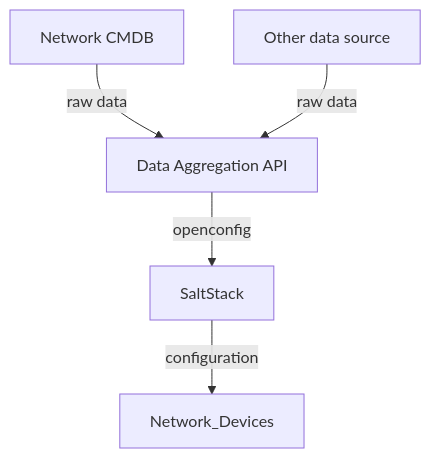
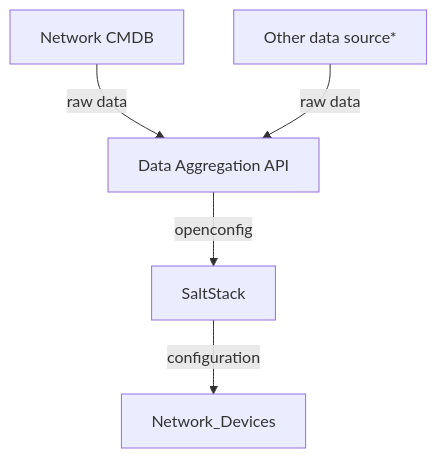
The diagram in docs/docs/index.md (criteo/AFK), drawn with Mermaid before and after one commit. The commit also changed other lines of this file, not shown here.

Commit message:
Add details regarding "Other data source" (#7)

````diff
--- a/docs/docs/index.md
+++ b/docs/docs/index.md
@@ -39,12 +39,12 @@
 ``` mermaid
 flowchart TD
     CMDB[Network CMDB]
     DAAPI[Data Aggregation API]
     DEV[Network_Devices]
-    DATASOURCE[Other data source]
+    DATASOURCE[Other data source*]
 
     CMDB -->|raw data| DAAPI
     DATASOURCE -->|raw data| DAAPI
     DAAPI -->|openconfig| SaltStack
     SaltStack -->|configuration| DEV[Network_Devices]
 ```
````
